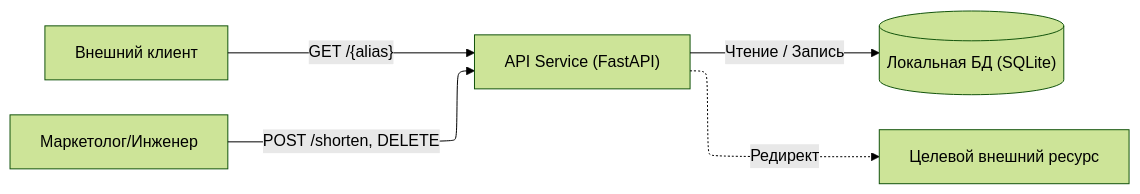
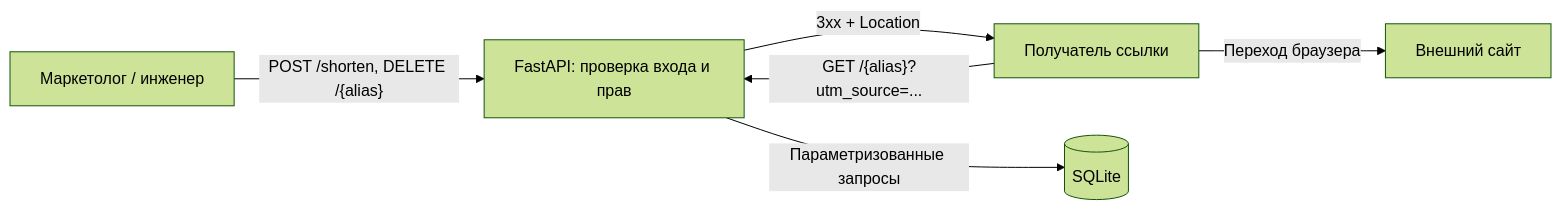
The first of 2 diagrams in project.md (daniil-novel/HighlandTech), drawn with Mermaid (forest theme) before and after one commit. The commit also changed other lines of this file and 8 other files, not shown here.

````diff
--- a/project.md
+++ b/project.md
@@ -45,12 +35,8 @@
 ```mermaid
----
-config:
-  layout: elk
----
 flowchart LR
-    CLIENT["Внешний клиент"] -->|"GET /{alias}"| API["API Service (FastAPI)"]
-    MANAGER["Маркетолог/Инженер"] -->|"POST /shorten, DELETE"| API
-    
-    API -->|"Чтение / Запись"| DB[("Локальная БД (SQLite)")]
-    API -.->|"Редирект"| TARGET["Целевой внешний ресурс"]
+    OWNER["Маркетолог / инженер"] -->|"POST /shorten, DELETE /{alias}"| API["FastAPI: проверка входа и прав"]
+    CLIENT["Получатель ссылки"] -->|"GET /{alias}?utm_source=..."| API
+    API -->|"Параметризованные запросы"| DB[("SQLite")]
+    API -->|"3xx + Location"| CLIENT
+    CLIENT -->|"Переход браузера"| TARGET["Внешний сайт"]
 ```
````
